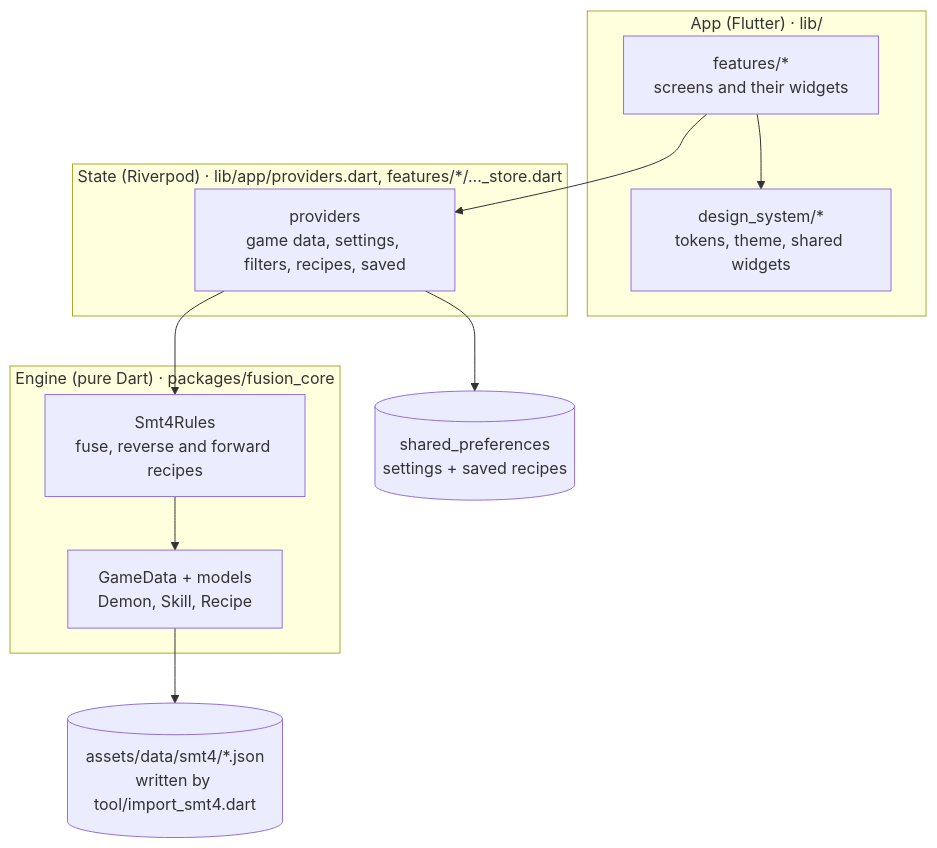
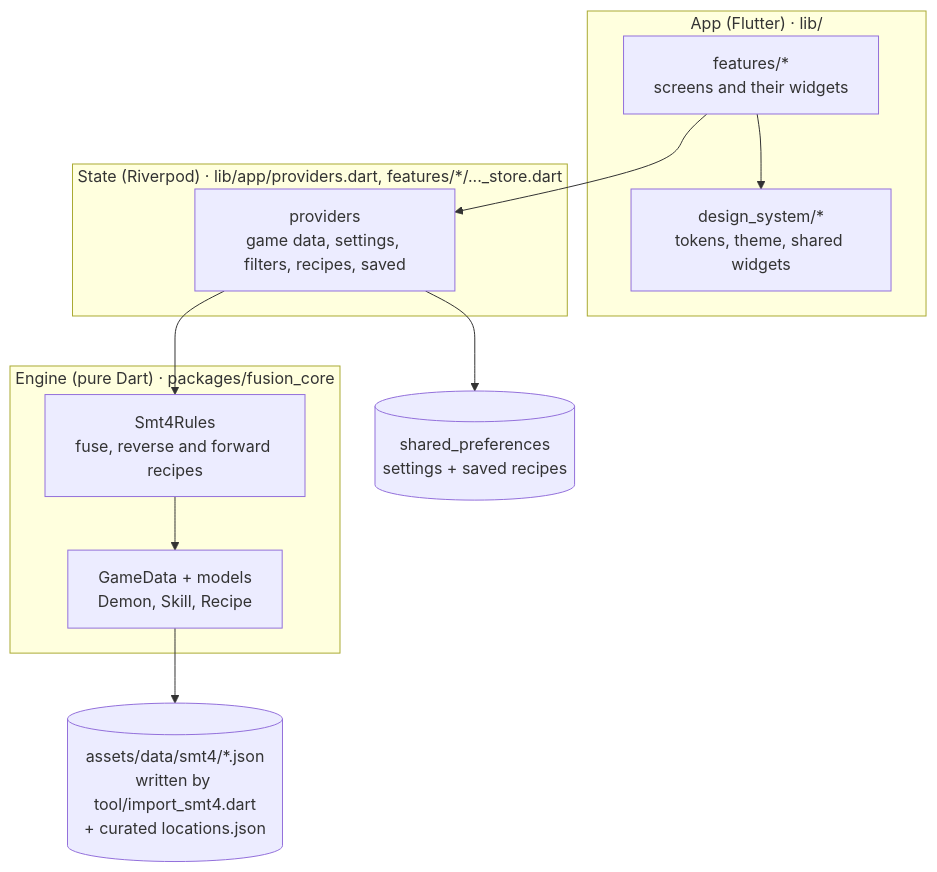
One commit to ctorres345/Demonica changed the first of 2 diagrams in docs/ARCHITECTURE.md. Above: the diagram before and after it, drawn with Mermaid. The commit also changed other lines of this file and 15 other files, not shown here.

````diff
--- a/docs/ARCHITECTURE.md
+++ b/docs/ARCHITECTURE.md
@@ -9,23 +9,23 @@
 ```mermaid
 flowchart TB
   subgraph UI["App (Flutter) · lib/"]
     screens["features/*<br/>screens and their widgets"]
     ds["design_system/*<br/>tokens, theme, shared widgets"]
   end
   subgraph State["State (Riverpod) · lib/app/providers.dart, features/*/..._store.dart"]
     providers["providers<br/>game data, settings, filters, recipes, saved"]
   end
   subgraph Engine["Engine (pure Dart) · packages/fusion_core"]
     rules["Smt4Rules<br/>fuse, reverse and forward recipes"]
     data["GameData + models<br/>Demon, Skill, Recipe"]
   end
-  assets[("assets/data/smt4/*.json<br/>written by tool/import_smt4.dart")]
+  assets[("assets/data/smt4/*.json<br/>written by tool/import_smt4.dart<br/>+ curated locations.json")]
   prefs[("shared_preferences<br/>settings + saved recipes")]
 
   screens --> providers
   screens --> ds
   providers --> rules
   rules --> data
   data --> assets
   providers --> prefs
 ```
````
